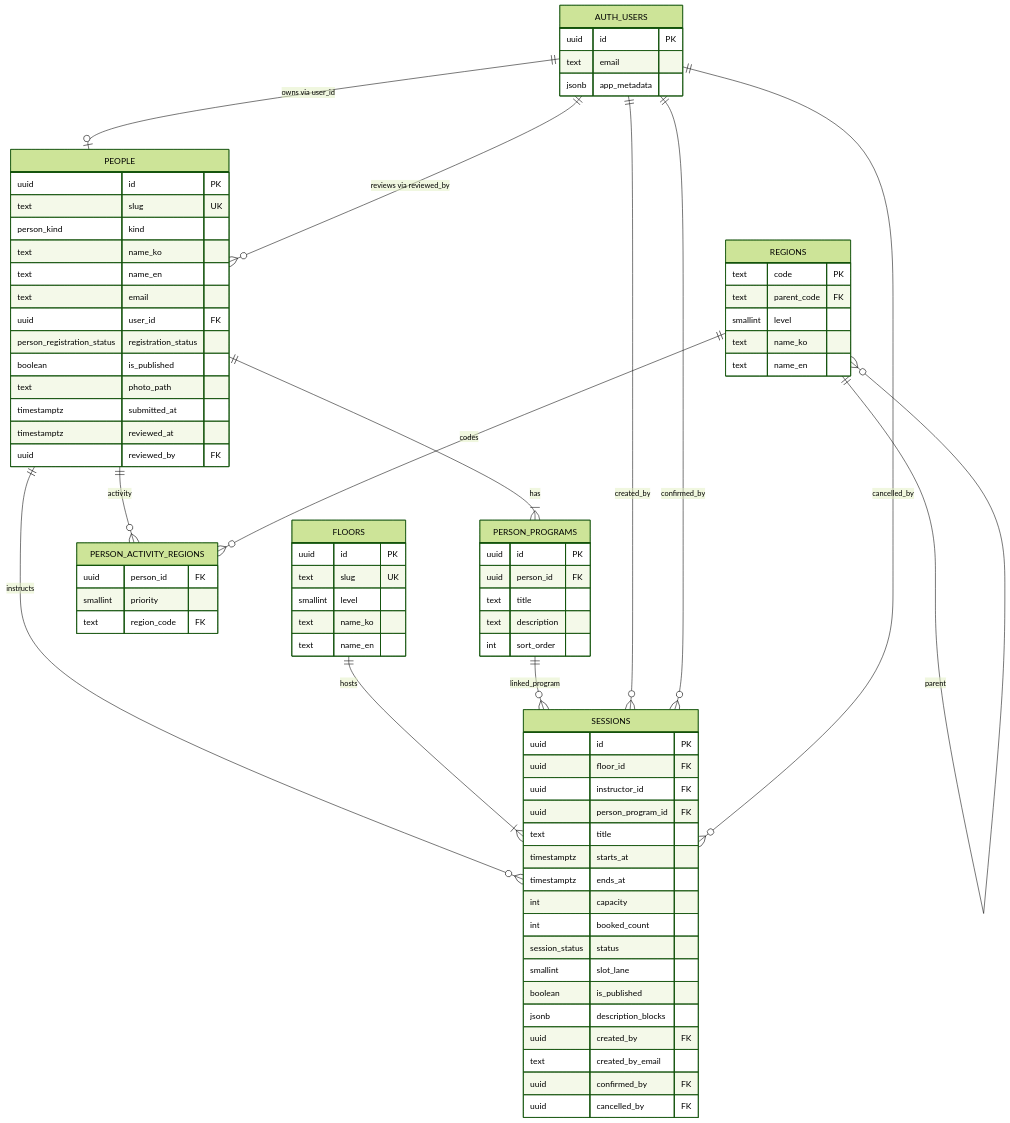
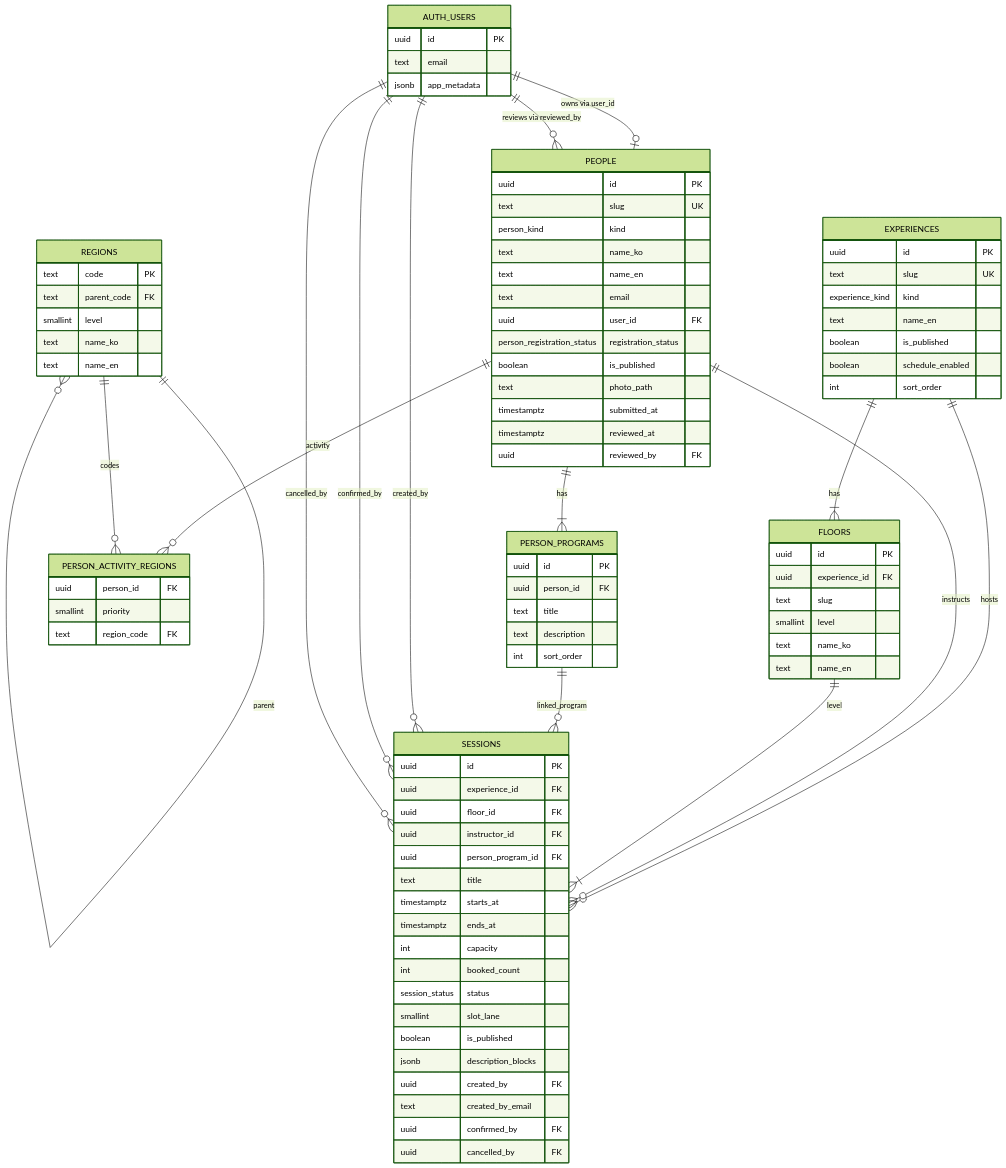
Before and after one commit to greatgiho/thewellnesskorea: the first of 3 diagrams in docs/database-erd.md, drawn with Mermaid (forest theme). The commit also changed other lines of this file and 21 other files, not shown here.

First line of the commit message:
Add multi-experience hero carousel and sync schedule by space.

```diff
--- a/docs/database-erd.md
+++ b/docs/database-erd.md
@@ -18,8 +18,10 @@
     PEOPLE ||--o{ PERSON_ACTIVITY_REGIONS : "activity"
     REGIONS ||--o{ REGIONS : "parent"
     REGIONS ||--o{ PERSON_ACTIVITY_REGIONS : "codes"
+    EXPERIENCES ||--|{ FLOORS : has
+    EXPERIENCES ||--o{ SESSIONS : hosts
     PEOPLE ||--o{ SESSIONS : "instructs"
-    FLOORS ||--|{ SESSIONS : "hosts"
+    FLOORS ||--|{ SESSIONS : "level"
     PERSON_PROGRAMS ||--o{ SESSIONS : "linked_program"
     AUTH_USERS ||--o{ SESSIONS : "created_by"
     AUTH_USERS ||--o{ SESSIONS : "confirmed_by"
@@ -69,9 +71,20 @@
         text region_code FK
     }
 
+    EXPERIENCES {
+        uuid id PK
+        text slug UK
+        experience_kind kind
+        text name_en
+        boolean is_published
+        boolean schedule_enabled
+        int sort_order
+    }
+
     FLOORS {
         uuid id PK
-        text slug UK
+        uuid experience_id FK
+        text slug
         smallint level
         text name_ko
         text name_en
@@ -79,6 +92,7 @@
 
     SESSIONS {
         uuid id PK
+        uuid experience_id FK
         uuid floor_id FK
         uuid instructor_id FK
         uuid person_program_id FK
```
